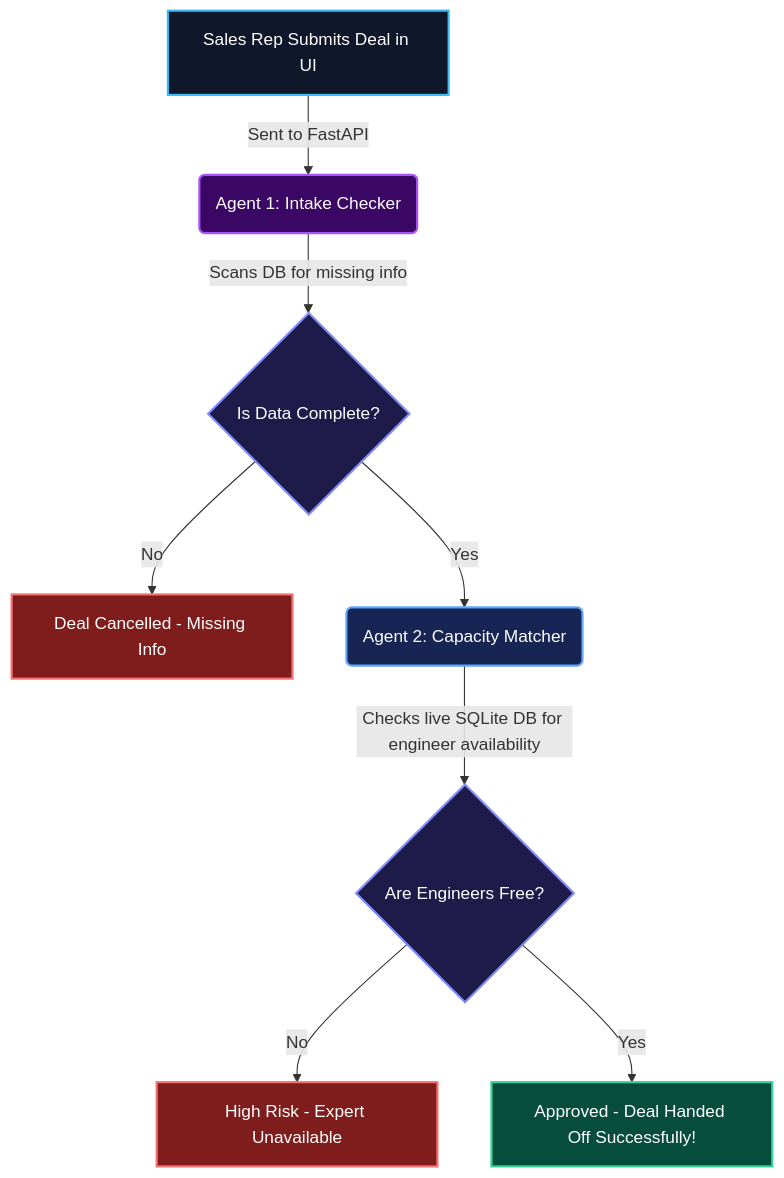
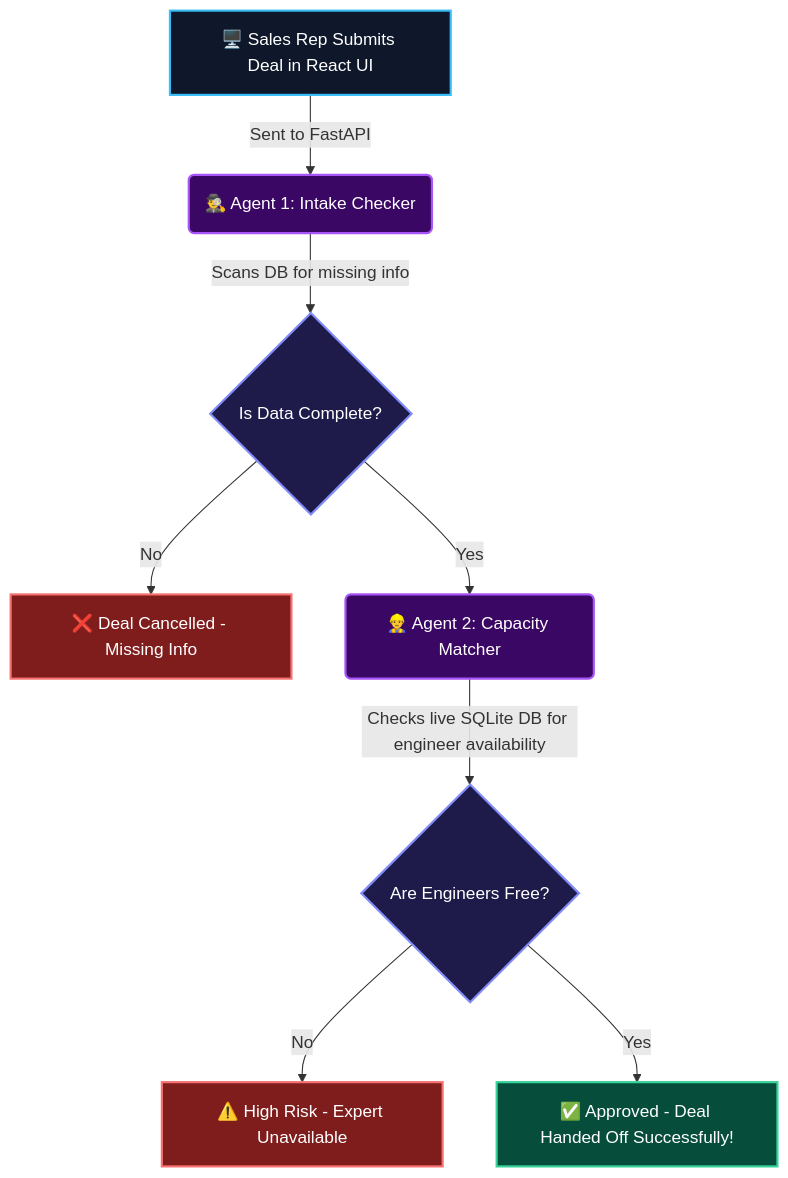
The diagram in README.md (raghu4350/handoff-ai), drawn with Mermaid before and after one commit. The commit also changed other lines of this file, not shown here.

````diff
--- a/README.md
+++ b/README.md
@@ -28,19 +35,20 @@
 ```mermaid
 graph TD;
-    A[Sales Rep Submits Deal in UI] -->|Sent to FastAPI| B(Agent 1: Intake Checker)
-    B -->|Scans DB for missing info| C{Is Data Complete?}
-    C -->|No| D[Deal Cancelled - Missing Info]
-    C -->|Yes| E(Agent 2: Capacity Matcher)
-    E -->|Checks live SQLite DB for engineer availability| F{Are Engineers Free?}
-    F -->|No| G[High Risk - Expert Unavailable]
-    F -->|Yes| H[Approved - Deal Handed Off Successfully!]
+    %% Styling
+    classDef frontend fill:#0f172a,stroke:#38bdf8,stroke-width:2px,color:#fff
+    classDef agent fill:#3b0764,stroke:#a855f7,stroke-width:2px,color:#fff
+    classDef logic fill:#1e1b4b,stroke:#818cf8,stroke-width:2px,color:#fff
+    classDef fail fill:#7f1d1d,stroke:#f87171,stroke-width:2px,color:#fff
+    classDef success fill:#064e3b,stroke:#34d399,stroke-width:2px,color:#fff
+
+    A[🖥️ Sales Rep Submits Deal in React UI]:::frontend -->|Sent to FastAPI| B(🕵️‍♂️ Agent 1: Intake Checker):::agent
+    B -->|Scans DB for missing info| C{Is Data Complete?}:::logic
     
-    style A fill:#0f172a,stroke:#38bdf8,stroke-width:2px,color:#fff
-    style B fill:#3b0764,stroke:#a855f7,stroke-width:2px,color:#fff
-    style C fill:#1e1b4b,stroke:#818cf8,stroke-width:2px,color:#fff
-    style D fill:#7f1d1d,stroke:#f87171,stroke-width:2px,color:#fff
-    style E fill:#172554,stroke:#60a5fa,stroke-width:2px,color:#fff
-    style F fill:#1e1b4b,stroke:#818cf8,stroke-width:2px,color:#fff
-    style G fill:#7f1d1d,stroke:#f87171,stroke-width:2px,color:#fff
-    style H fill:#064e3b,stroke:#34d399,stroke-width:2px,color:#fff
+    C -->|No| D[❌ Deal Cancelled - Missing Info]:::fail
+    C -->|Yes| E(👷‍♂️ Agent 2: Capacity Matcher):::agent
+    
+    E -->|Checks live SQLite DB for engineer availability| F{Are Engineers Free?}:::logic
+    
+    F -->|No| G[⚠️ High Risk - Expert Unavailable]:::fail
+    F -->|Yes| H[✅ Approved - Deal Handed Off Successfully!]:::success
 ```
````
